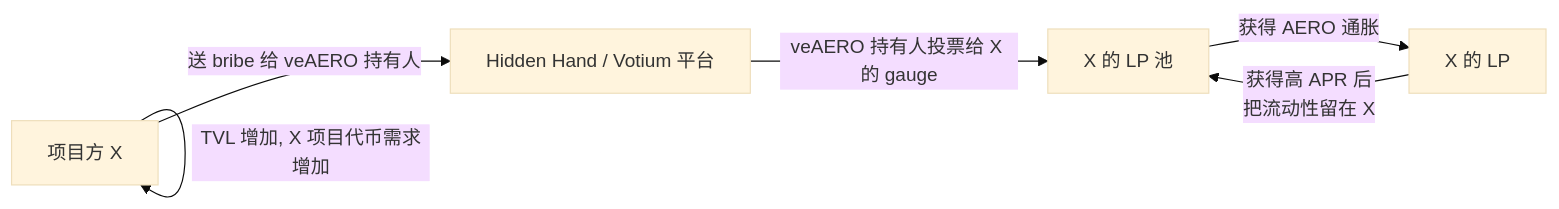
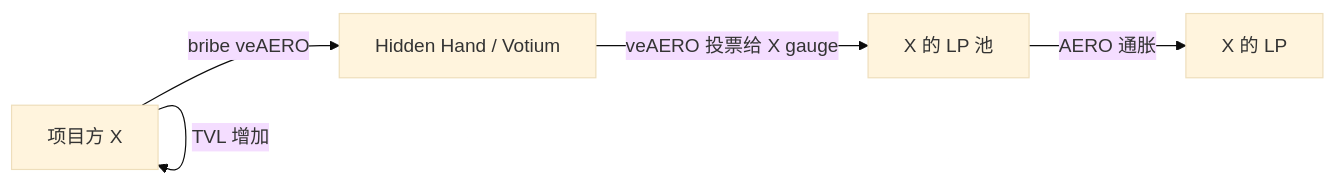
Before and after one commit to ChuwuYo/misc-files: diagram 12 of 20 in web3-engineer-guide/06-DeFi协议工程/README.md, drawn with Mermaid (base theme). The commit also changed other lines of this file and 211 other files, not shown here.

````diff
--- a/web3-engineer-guide/06-DeFi协议工程/README.md
+++ b/web3-engineer-guide/06-DeFi协议工程/README.md
@@ -1098,8 +1123,7 @@
 ```mermaid
 flowchart LR
-    A[项目方 X] -->|送 bribe 给 veAERO 持有人| B[Hidden Hand / Votium 平台]
-    B -->|veAERO 持有人投票给 X 的 gauge| C[X 的 LP 池]
-    C -->|获得 AERO 通胀| D[X 的 LP]
-    D -->|获得高 APR 后<br/>把流动性留在 X| C
-    A -->|TVL 增加, X 项目代币需求增加| A
+    A[项目方 X] -->|bribe veAERO| B[Hidden Hand / Votium]
+    B -->|veAERO 投票给 X gauge| C[X 的 LP 池]
+    C -->|AERO 通胀| D[X 的 LP]
+    A -->|TVL 增加| A
 ```
````
